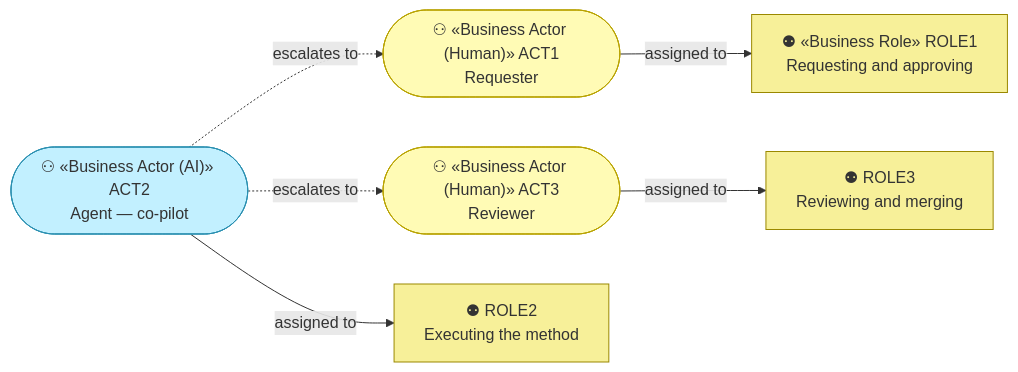
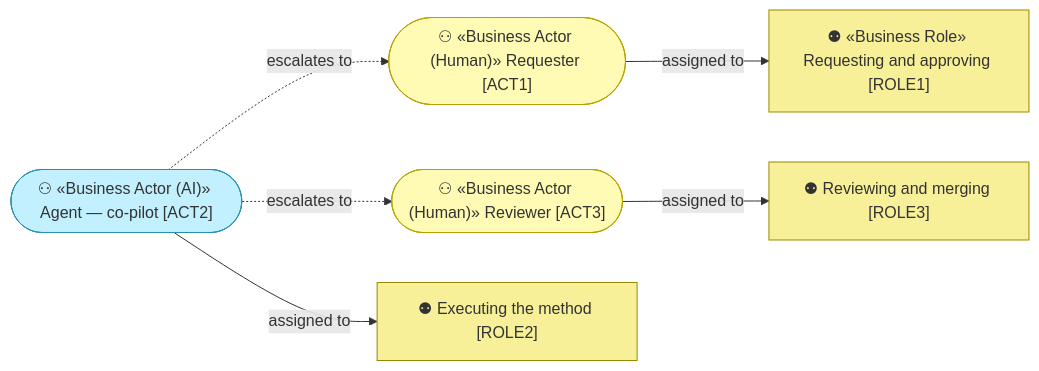
The second of 3 diagrams in product-archreator/architecture/2_business/1_business-actors-and-roles.md (roanboc/architecture-archreator), drawn with Mermaid before and after one commit. The commit also changed other lines of this file and 38 other files, not shown here.

````diff
--- a/product-archreator/architecture/2_business/1_business-actors-and-roles.md
+++ b/product-archreator/architecture/2_business/1_business-actors-and-roles.md
@@ -40,20 +40,20 @@
 ```mermaid
 flowchart LR
-  act1(["⚇ «Business Actor (Human)» ACT1<br>Requester"]):::actor
-  act2(["⚇ «Business Actor (AI)» ACT2<br>Agent — co-pilot"]):::actorai
-  act3(["⚇ «Business Actor (Human)» ACT3<br>Reviewer"]):::actor
+  act1(["⚇ «Business Actor (Human)» Requester [ACT1]"]):::actor
+  act2(["⚇ «Business Actor (AI)» Agent — co-pilot [ACT2]"]):::actorai
+  act3(["⚇ «Business Actor (Human)» Reviewer [ACT3]"]):::actor
 
-  role1["⚉ «Business Role» ROLE1<br>Requesting and approving"]:::role
-  role2["⚉ ROLE2<br>Executing the method"]:::role
-  role3["⚉ ROLE3<br>Reviewing and merging"]:::role
+  role1["⚉ «Business Role» Requesting and approving [ROLE1]"]:::role
+  role2["⚉ Executing the method [ROLE2]"]:::role
+  role3["⚉ Reviewing and merging [ROLE3]"]:::role
 
   act1 -->|assigned to| role1
   act2 -->|assigned to| role2
   act3 -->|assigned to| role3
   act2 -.->|escalates to| act1
   act2 -.->|escalates to| act3
 
   classDef actor fill:#fffbb5,stroke:#b8a200,color:#333
   classDef actorai fill:#c2f0ff,stroke:#2a8fb0,color:#333
   classDef role fill:#f7f099,stroke:#9a8800,color:#333
 ```
````
